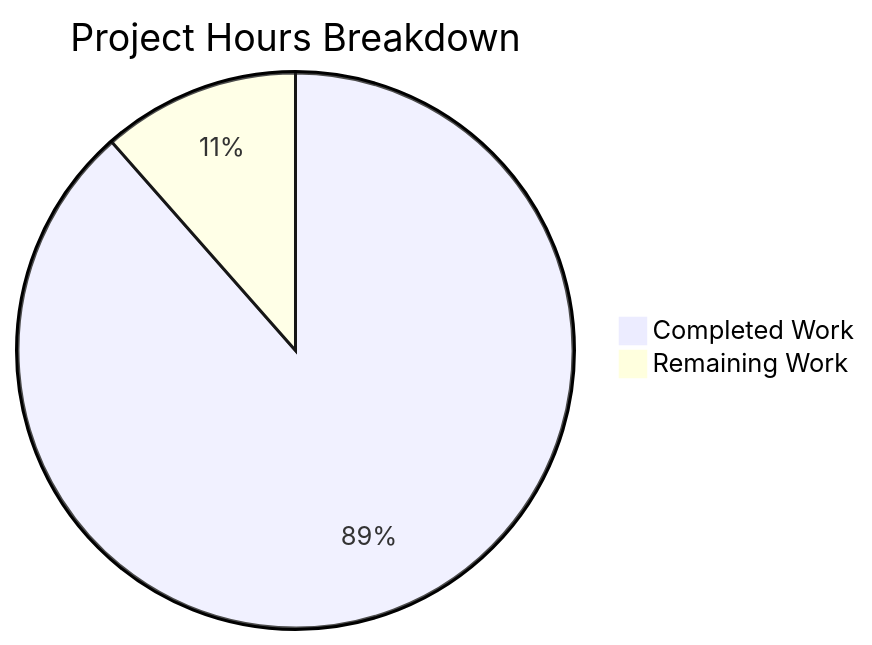
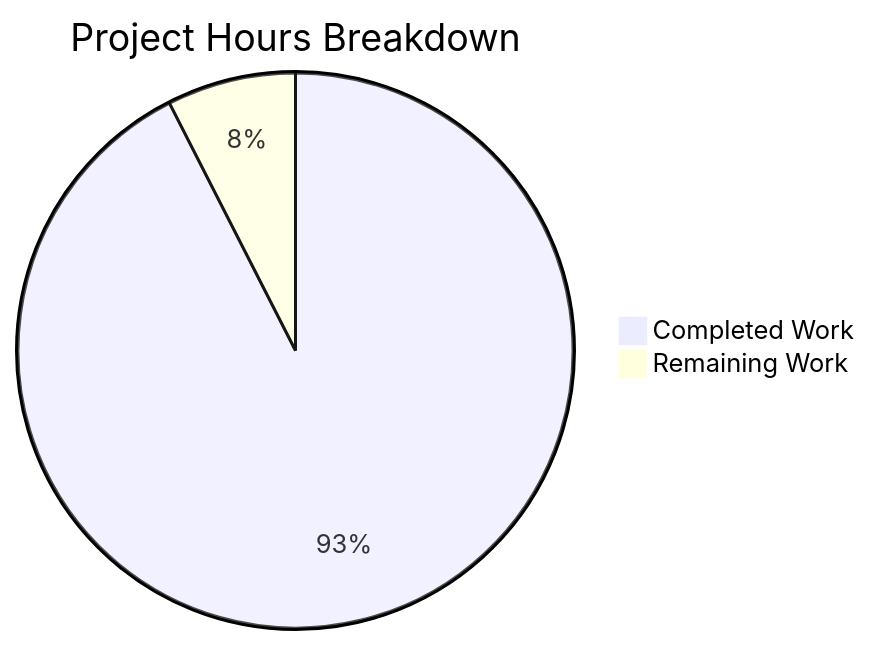
The second of 2 diagrams in blitzy/documentation/Project Guide.md (blitzy-public-samples/blitzy-Apollo-11), drawn with Mermaid before and after one commit. The commit also changed other lines of this file, not shown here.

Commit message:
Adding Blitzy Project Guide: Project Status and Human Tasks Remaining

````diff
--- a/blitzy/documentation/Project Guide.md
+++ b/blitzy/documentation/Project Guide.md
@@ -178,5 +163,5 @@
 ```mermaid
 pie title Project Hours Breakdown
-    "Completed Work" : 38.5
-    "Remaining Work" : 5
+    "Completed Work" : 37
+    "Remaining Work" : 3
 ```
````
